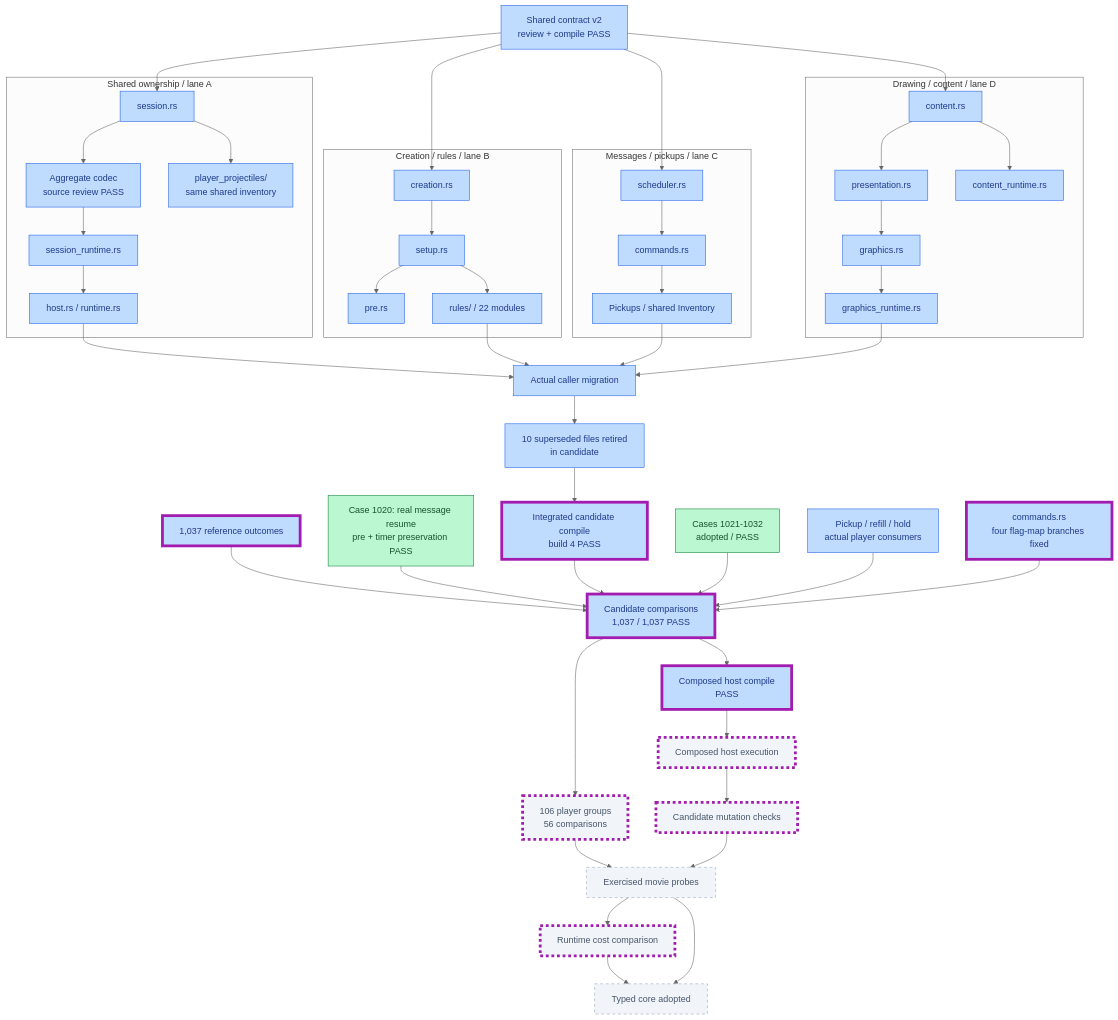
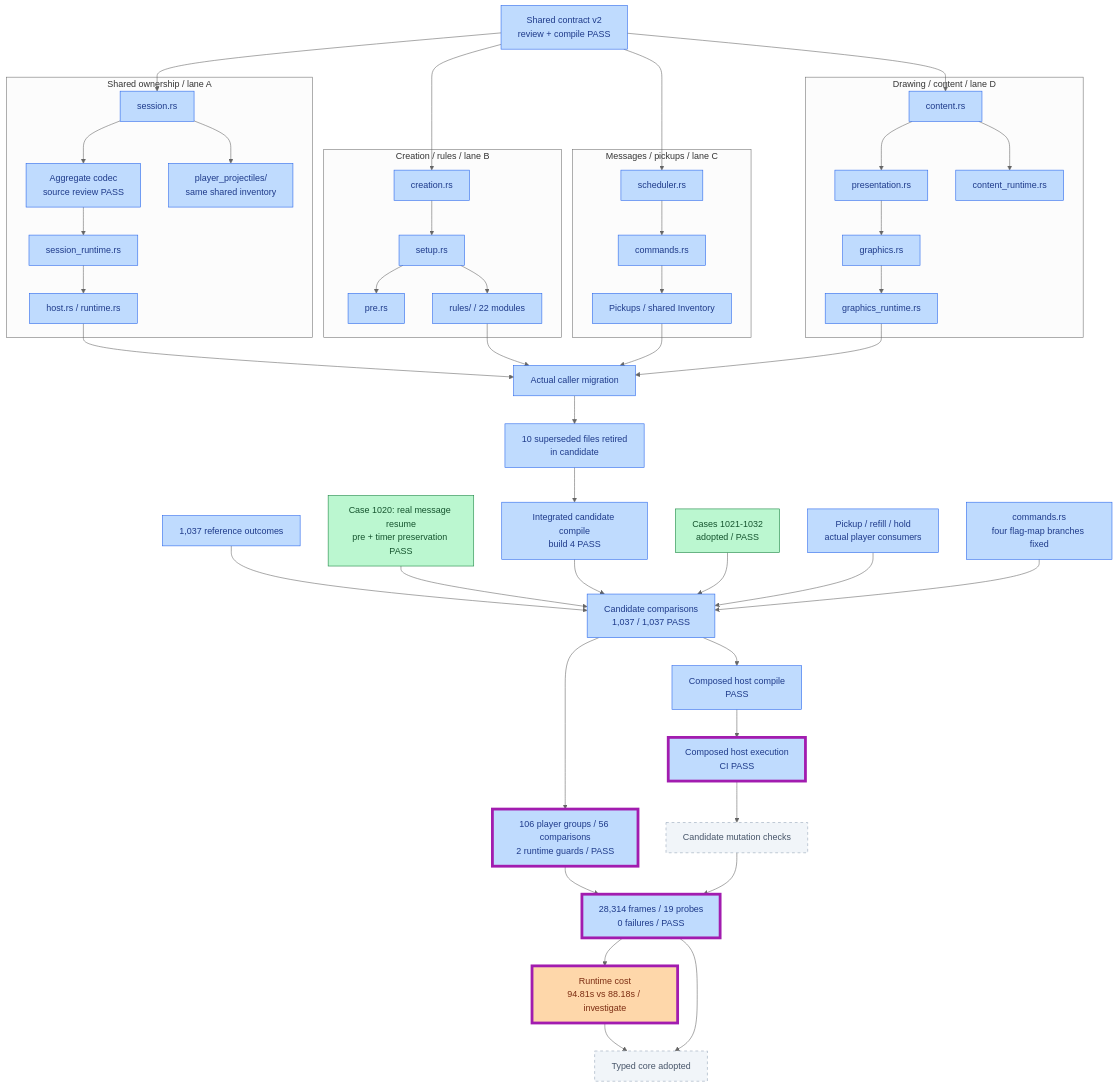
The first of 9 diagrams in PROGRESS.md (JimLundin/sm-decomp), drawn with Mermaid (neutral theme) before and after one commit. The commit also changed other lines of this file and 2 other files, not shown here.

Commit message:
Report shared Session replay and regression passes; investigate runtime cost

````diff
--- a/PROGRESS.md
+++ b/PROGRESS.md
@@ -10,57 +12,57 @@
 ```mermaid
 flowchart TB
     CONTRACT["Shared contract v2<br/>review + compile PASS"]:::checked
     subgraph shared["Shared ownership / lane A"]
         S["session.rs"]:::checked --> CODEC["Aggregate codec<br/>source review PASS"]:::checked
         S --> PLAYER["player_projectiles/<br/>same shared inventory"]:::checked
         CODEC --> RT["session_runtime.rs"]:::checked
         RT --> HOST["host.rs / runtime.rs"]:::checked
     end
     subgraph creation["Creation / rules / lane B"]
         CREATE["creation.rs"]:::checked --> SETUP["setup.rs"]:::checked
         SETUP --> PRE["pre.rs"]:::checked
         SETUP --> RULES["rules/ / 22 modules"]:::checked
     end
     subgraph execution["Messages / pickups / lane C"]
         SCHED["scheduler.rs"]:::checked --> CMD["commands.rs"]:::checked
         CMD --> PICKUP["Pickups / shared Inventory"]:::checked
     end
     subgraph drawing["Drawing / content / lane D"]
         DRAW["presentation.rs"]:::checked --> GRAPHICS["graphics.rs"]:::checked
         CONTENT["content.rs"]:::checked --> DRAW
         CONTENT --> CR["content_runtime.rs"]:::checked
         GRAPHICS --> GR["graphics_runtime.rs"]:::checked
     end
     CONTRACT --> S
     CONTRACT --> CREATE
     CONTRACT --> SCHED
     CONTRACT --> CONTENT
     HOST --> CALLERS["Actual caller migration"]:::checked
     RULES --> CALLERS
     PICKUP --> CALLERS
     GR --> CALLERS
     CALLERS --> DELETE["10 superseded files retired<br/>in candidate"]:::checked
     BASE["1,037 reference outcomes"]:::checked --> COMPARE["Candidate comparisons<br/>1,037 / 1,037 PASS"]:::checked
     RESUME["Case 1020: real message resume<br/>pre + timer preservation PASS"]:::done --> COMPARE
     DELETE --> BUILD["Integrated candidate compile<br/>build 4 PASS"]:::checked
     BUILD --> COMPARE
     GAP["Cases 1021-1032<br/>adopted / PASS"]:::done --> COMPARE
     SHAREDTEST["Pickup / refill / hold<br/>actual player consumers"]:::checked --> COMPARE
     FLAGS["commands.rs<br/>four flag-map branches fixed"]:::checked --> COMPARE
-    COMPARE --> REG["106 player groups<br/>56 comparisons"]:::pending
+    COMPARE --> REG["106 player groups / 56 comparisons<br/>2 runtime guards / PASS"]:::checked
     COMPARE --> HC["Composed host compile<br/>PASS"]:::checked
-    HC --> HE["Composed host execution"]:::pending
+    HC --> HE["Composed host execution<br/>CI PASS"]:::checked
     HE --> MUT["Candidate mutation checks"]:::pending
-    REG --> MOVIE["Exercised movie probes"]:::pending
+    REG --> MOVIE["28,314 frames / 19 probes<br/>0 failures / PASS"]:::checked
     MUT --> MOVIE
-    MOVIE --> PERF["Runtime cost comparison"]:::pending
+    MOVIE --> PERF["Runtime cost<br/>94.81s vs 88.18s / investigate"]:::active
     PERF --> ADOPT
     MOVIE --> ADOPT["Typed core adopted"]:::pending
-    class BASE,BUILD,COMPARE,FLAGS,REG,HC,HE,MUT,PERF changed
+    class REG,HE,MOVIE,PERF changed
     classDef done fill:#bbf7d0,stroke:#15803d,color:#14532d
     classDef checked fill:#bfdbfe,stroke:#2563eb,color:#1e3a8a
     classDef active fill:#fed7aa,stroke:#ea580c,color:#7c2d12
     classDef pending fill:#f1f5f9,stroke:#94a3b8,color:#475569,stroke-dasharray:5 5
     classDef failed fill:#fecaca,stroke:#dc2626,color:#7f1d1d
     classDef changed stroke:#a21caf,stroke-width:5px
 ```
````
